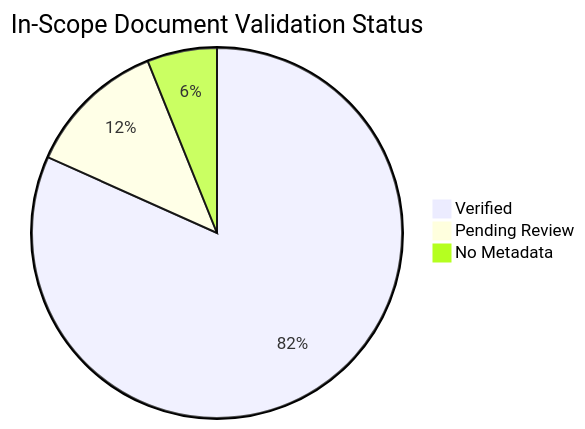
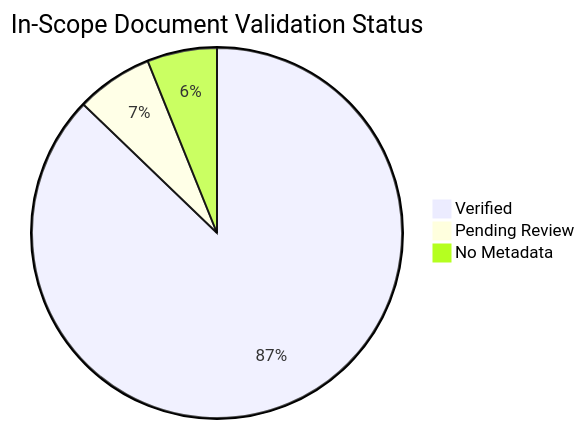
The diagram in docs/reference/content-validation-status.md (yeongseon/azure-container-apps-practical-guide), drawn with Mermaid before and after one commit. The commit also changed other lines of this file and 9 other files, not shown here.

````diff
--- a/docs/reference/content-validation-status.md
+++ b/docs/reference/content-validation-status.md
@@ -25,6 +25,6 @@
 ```mermaid
 pie title In-Scope Document Validation Status
-    "Verified" : 134
-    "Pending Review" : 20
+    "Verified" : 143
+    "Pending Review" : 11
     "No Metadata" : 10
 ```
````
